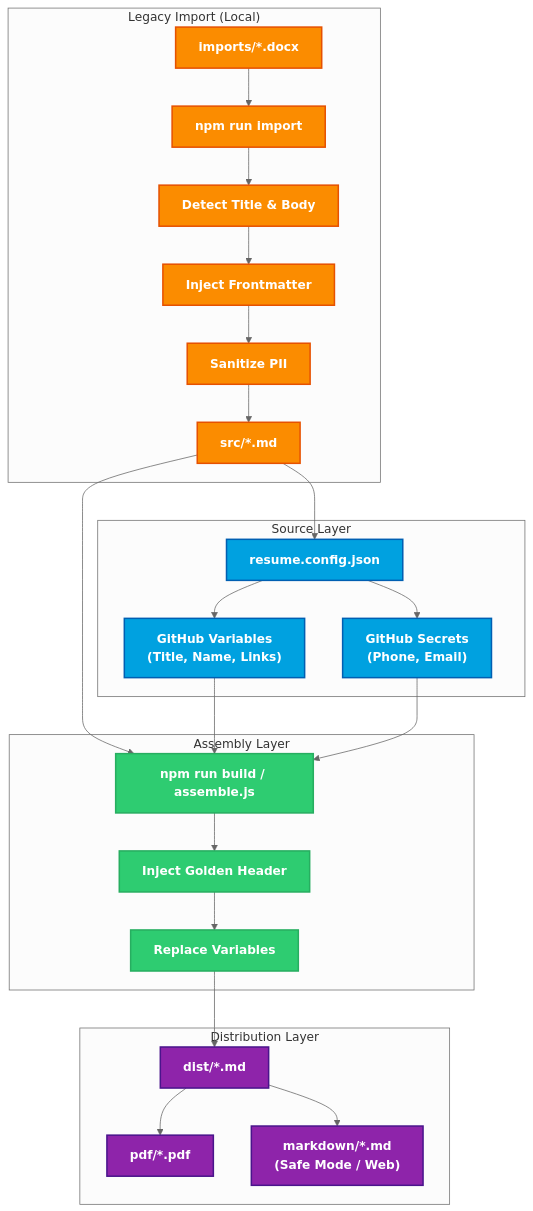
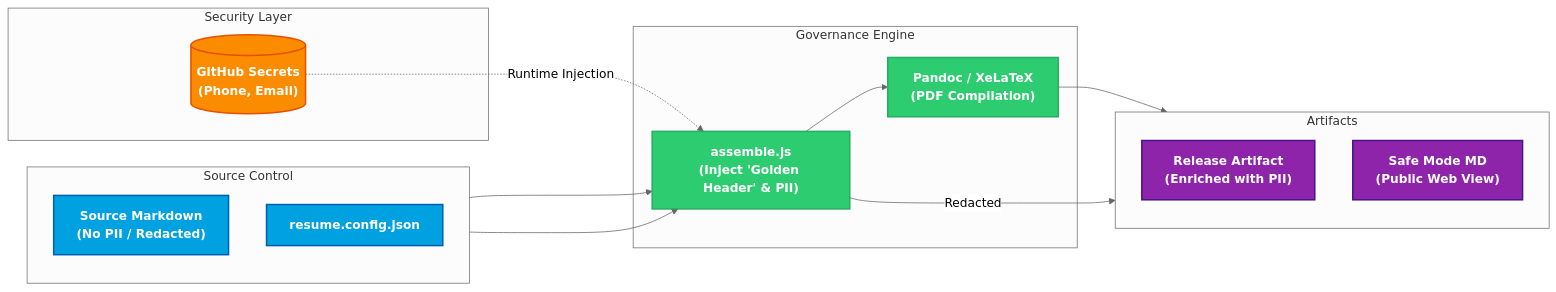
One commit to rdbumstead/resume-as-code changed the fourth of 4 diagrams in src/Resume_Comprehensive.md. Above: the diagram before and after it, drawn with Mermaid (neutral theme). The commit also changed other lines of this file and 6 other files, not shown here.

Commit message:
feat: unify build pipeline and finalize resume content refinements

````diff
--- a/src/Resume_Comprehensive.md
+++ b/src/Resume_Comprehensive.md
@@ -190,62 +190,44 @@
 ```mermaid
-graph TD
-    %% ========= PIPELINE STAGE STYLES =========
-    classDef import fill:#FB8C00,stroke:#E65100,stroke-width:2px,color:#ffffff,font-weight:bold;
-    classDef input fill:#00A1E0,stroke:#005FB2,stroke-width:2px,color:#ffffff,font-weight:bold;
-    classDef build fill:#2ECC71,stroke:#27AE60,stroke-width:2px,color:#ffffff,font-weight:bold;
-    classDef output fill:#8E24AA,stroke:#4A148C,stroke-width:2px,color:#ffffff,font-weight:bold;
+flowchart LR
+    %% ========= STYLES =========
+    classDef source fill:#00A1E0,stroke:#005FB2,stroke-width:2px,color:#ffffff,font-weight:bold;
+    classDef engine fill:#2ECC71,stroke:#27AE60,stroke-width:2px,color:#ffffff,font-weight:bold;
+    classDef secure fill:#FB8C00,stroke:#E65100,stroke-width:2px,color:#ffffff,font-weight:bold;
+    classDef artifact fill:#8E24AA,stroke:#4A148C,stroke-width:2px,color:#ffffff,font-weight:bold;
 
-    subgraph Import ["Legacy Import (Local)"]
-        Docx["imports/*.docx"]
-        ImportScript["npm run import"]
-        Detect["Detect Title & Body"]
-        InjectFM["Inject Frontmatter"]
-        Sanitize["Sanitize PII"]
-        Src["src/*.md"]
+    subgraph Inputs ["Source Control"]
+        direction TB
+        MD["Source Markdown<br/>(No PII / Redacted)"]
+        Config["resume.config.json"]
     end
 
-    subgraph Input ["Source Layer"]
-        Config["resume.config.json"]
-        Vars["GitHub Variables<br/>(Title, Name, Links)"]
-        Secrets["GitHub Secrets<br/>(Phone, Email)"]
+    subgraph Security ["Security Layer"]
+        Secrets[("GitHub Secrets<br/>(Phone, Email)")]
     end
 
-    subgraph Build ["Assembly Layer"]
-        Assemble["npm run build / assemble.js"]
-        Header["Inject Golden Header"]
-        Replace["Replace Variables"]
+    subgraph Build ["Governance Engine"]
+        Assemble["assemble.js<br/>(Inject 'Golden Header' & PII)"]
+        Pandoc["Pandoc / XeLaTeX<br/>(PDF Compilation)"]
     end
 
-    subgraph Output ["Distribution Layer"]
-        Dist["dist/*.md"]
-        PDF["pdf/*.pdf"]
-        Safe["markdown/*.md<br/>(Safe Mode / Web)"]
+    subgraph Output ["Artifacts"]
+        direction TB
+        PDF["Release Artifact<br/>(Enriched with PII)"]
+        Safe["Safe Mode MD<br/>(Public Web View)"]
     end
 
     %% ========= FLOWS =========
-    Docx --> ImportScript
-    ImportScript --> Detect
-    Detect --> InjectFM
-    InjectFM --> Sanitize
-    Sanitize --> Src
+    MD --> Assemble
+    Config --> Assemble
+    Secrets -.->|Runtime Injection| Assemble
 
-    Src --> Config
-    Config --> Vars
-    Config --> Secrets
-
-    Src --> Assemble
-    Vars --> Assemble
-    Secrets --> Assemble
-    Assemble --> Header
-    Header --> Replace
-
-    Replace --> Dist
-    Dist --> PDF
-    Dist --> Safe
+    Assemble --> Pandoc
+    Pandoc --> PDF
+    Assemble -->|Redacted| Safe
 
     %% ========= APPLY STYLES =========
-    class Docx,ImportScript,Detect,InjectFM,Sanitize,Src import;
-    class Config,Vars,Secrets input;
-    class Assemble,Header,Replace build;
-    class Dist,PDF,Safe output;
+    class MD,Config source;
+    class Secrets secure;
+    class Assemble,Pandoc engine;
+    class PDF,Safe artifact;
 ```
````
